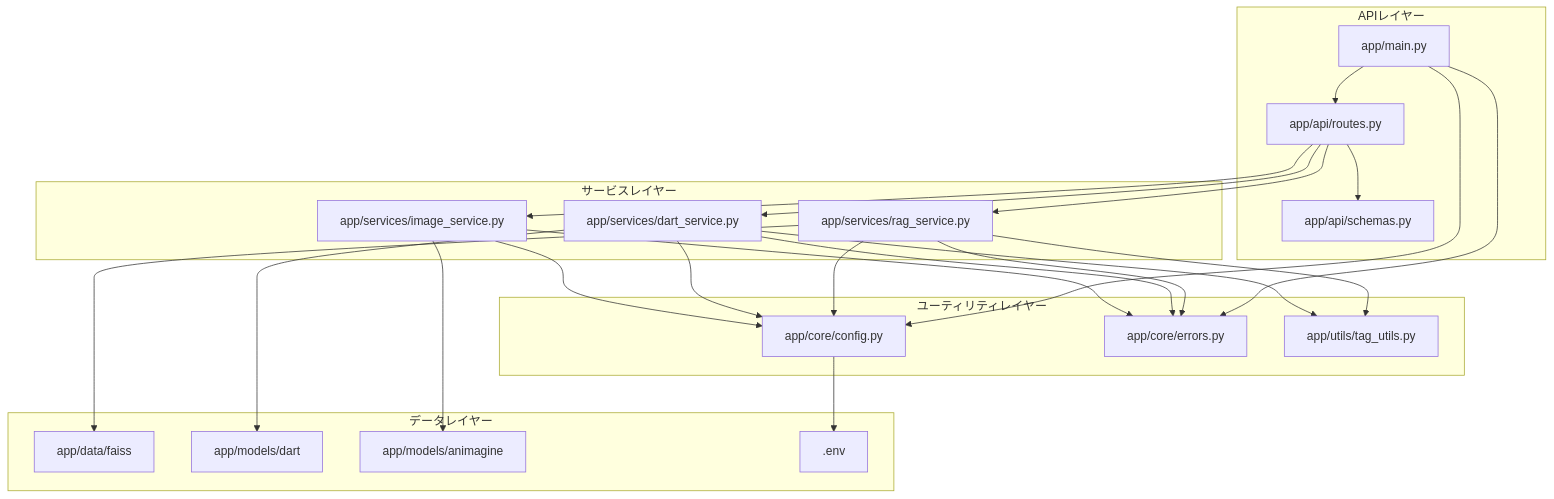
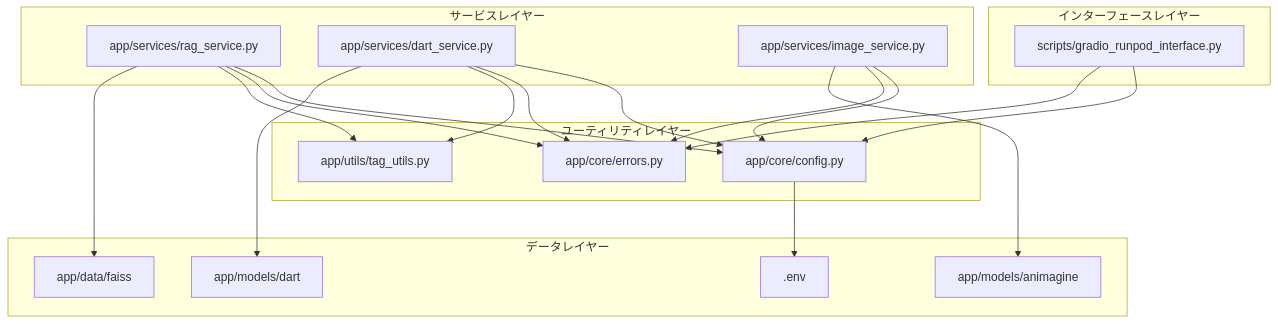
Before and after one commit to finer-ai/cgen: the second of 7 diagrams in file_dependencies.md, drawn with Mermaid. The commit also changed other lines of this file and 3 other files, not shown here.

````diff
--- a/file_dependencies.md
+++ b/file_dependencies.md
@@ -61,53 +51,45 @@
 ```mermaid
 graph TB
-    subgraph "APIレイヤー"
-        main[app/main.py]
-        routes[app/api/routes.py]
-        schemas[app/api/schemas.py]
+    subgraph "インターフェースレイヤー"
+        gradio[scripts/gradio_runpod_interface.py]
     end
     
     subgraph "サービスレイヤー"
         rag_service[app/services/rag_service.py]
         dart_service[app/services/dart_service.py]
         image_service[app/services/image_service.py]
     end
     
     subgraph "ユーティリティレイヤー"
         config[app/core/config.py]
         errors[app/core/errors.py]
         tag_utils[app/utils/tag_utils.py]
     end
     
     subgraph "データレイヤー"
         faiss[app/data/faiss]
         dart_model[app/models/dart]
         sd_model[app/models/animagine]
         env[.env]
     end
     
     %% レイヤー間の依存関係
-    main --> routes
-    main --> config
-    main --> errors
-    
-    routes --> schemas
-    routes --> rag_service
-    routes --> dart_service
-    routes --> image_service
+    gradio --> config
+    gradio --> errors
     
     rag_service --> config
     rag_service --> errors
     rag_service --> tag_utils
     rag_service --> faiss
     
     dart_service --> config
     dart_service --> errors
     dart_service --> tag_utils
     dart_service --> dart_model
     
     image_service --> config
     image_service --> errors
     image_service --> sd_model
     
     config --> env
 ```
````
